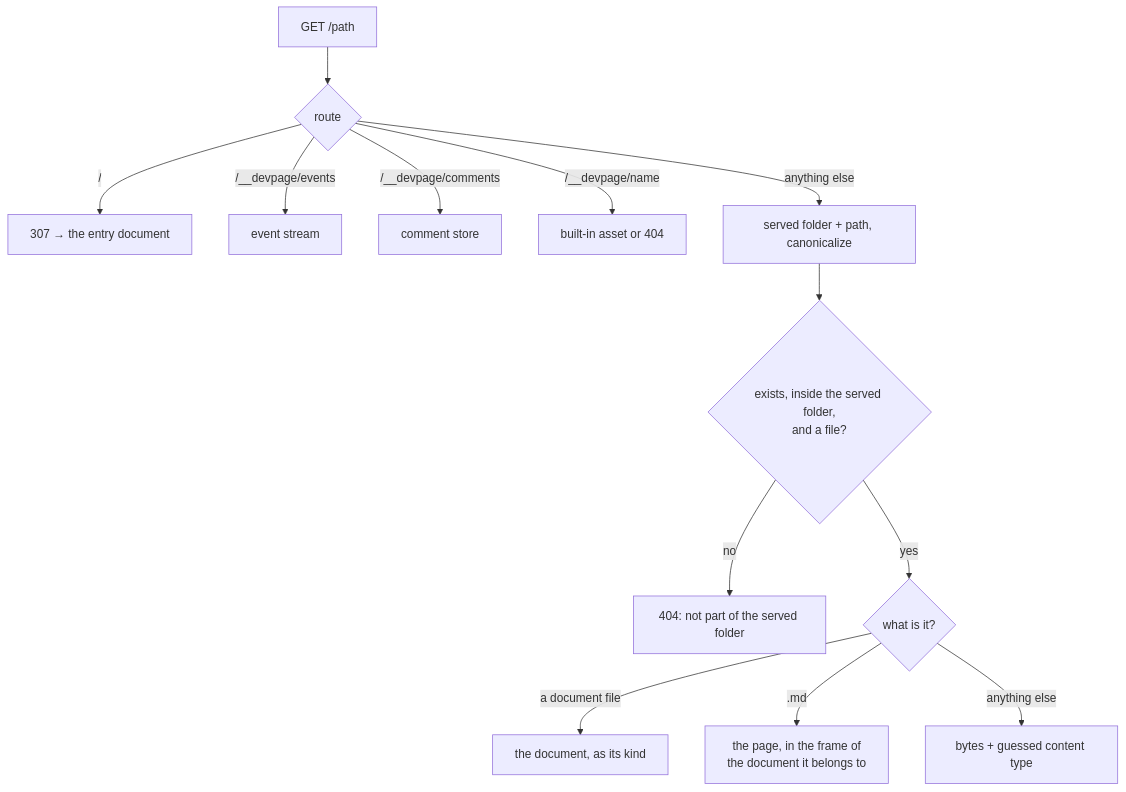
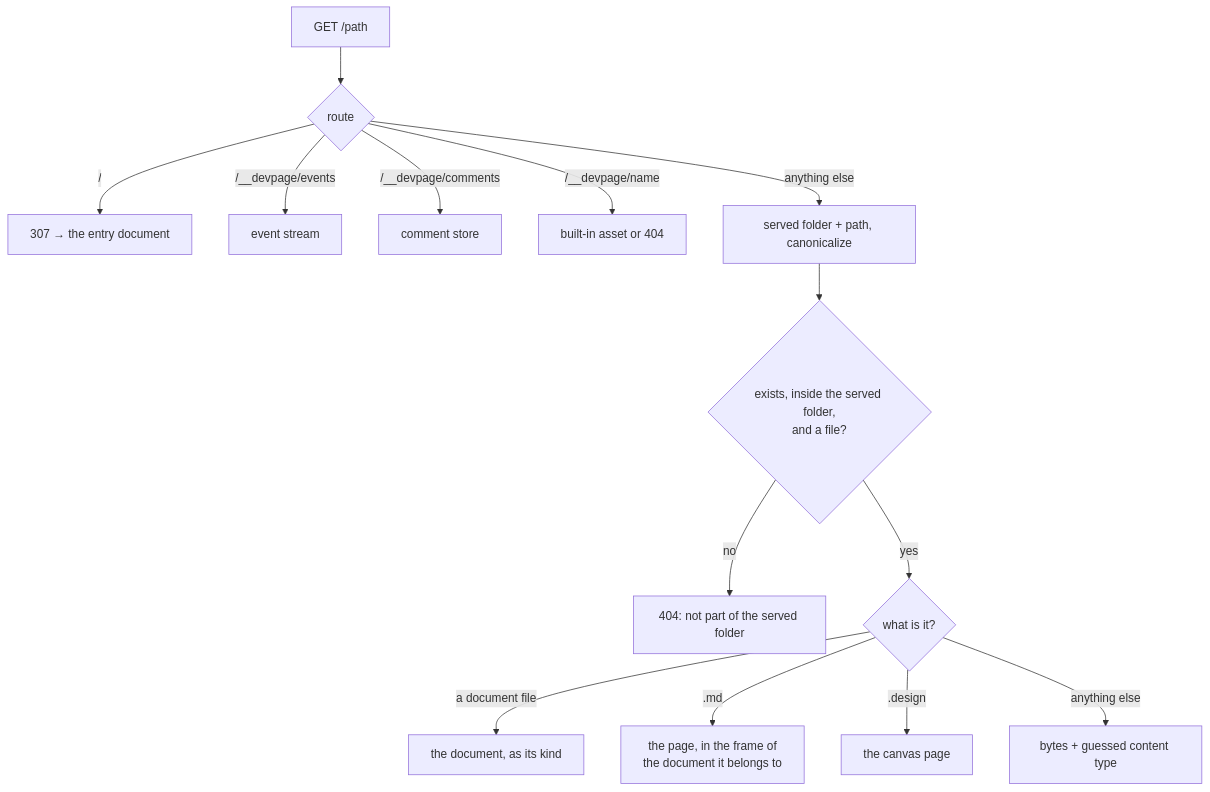
One commit to andrei512/devpage changed the diagram in docs/boxes/viewer/serving-pages/README.md. Above: the diagram before and after it, drawn with Mermaid. The commit also changed other lines of this file and 11 other files, not shown here.

First line of the commit message:
Design: designs, a fourth kind of document drawn by a Rust engine

````diff
--- a/docs/boxes/viewer/serving-pages/README.md
+++ b/docs/boxes/viewer/serving-pages/README.md
@@ -10,26 +10,27 @@
 ```mermaid
 flowchart TD
   req["GET /path"] --> route{"route"}
   route -->|"/"| redirect["307 → the entry document"]
   route -->|"/__devpage/events"| sse["event stream"]
   route -->|"/__devpage/comments"| comments["comment store"]
   route -->|"/__devpage/name"| asset["built-in asset or 404"]
   route -->|"anything else"| resolve["served folder + path, canonicalize"]
   resolve --> inside{"exists, inside the served folder,<br/>and a file?"}
   inside -->|"no"| notfound["404: not part of the served folder"]
   inside -->|"yes"| kind{"what is it?"}
   kind -->|"a document file"| document["the document, as its kind"]
   kind -->|".md"| page["the page, in the frame of<br/>the document it belongs to"]
+  kind -->|".design"| design["the canvas page"]
   kind -->|"anything else"| raw["bytes + guessed content type"]
   click route href "#routes" "Routes"
   click redirect href "#routes" "Routes"
   click sse href "../live-updates/README.md#the-channel-and-the-stream" "The event stream"
   click comments href "../comments/README.md#under-the-hood" "Comments under the hood"
   click asset href "#built-in-assets" "Built-in assets"
   click resolve href "#the-url-is-the-file-path" "The URL is the file path"
   click inside href "#the-url-is-the-file-path" "Path safety"
   click notfound href "#the-url-is-the-file-path" "Path safety"
   click document href "#which-document-a-file-belongs-to" "Which document a file belongs to"
   click page href "#which-document-a-file-belongs-to" "Which document a file belongs to"
   click raw href "#other-files" "Other files"
 ```
````
